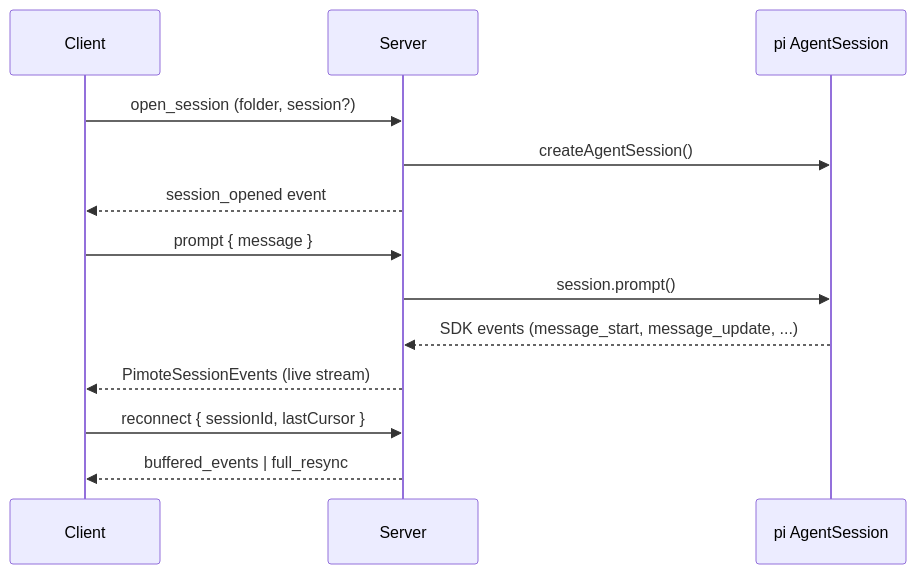
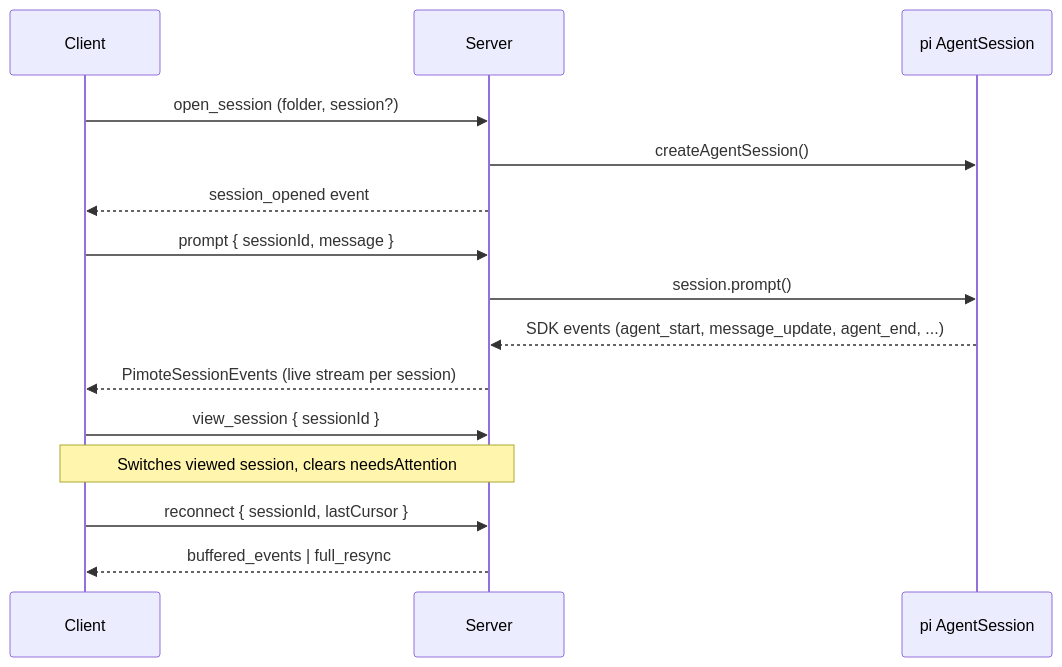
Before and after one commit to alennartz/pimote: the second of 4 diagrams in codemap.md, drawn with Mermaid. The commit also changed other lines of this file and 2 other files, not shown here.

Commit message:
cleanup: multi-session-management - decision record, codemap update, docs update, artifact removal

````diff
--- a/codemap.md
+++ b/codemap.md
@@ -16,16 +16,18 @@
 ```mermaid
 sequenceDiagram
   participant C as Client
   participant S as Server
   participant Pi as pi AgentSession
 
   C->>S: open_session (folder, session?)
   S->>Pi: createAgentSession()
   S-->>C: session_opened event
-  C->>S: prompt { message }
+  C->>S: prompt { sessionId, message }
   S->>Pi: session.prompt()
-  Pi-->>S: SDK events (message_start, message_update, ...)
-  S-->>C: PimoteSessionEvents (live stream)
+  Pi-->>S: SDK events (agent_start, message_update, agent_end, ...)
+  S-->>C: PimoteSessionEvents (live stream per session)
+  C->>S: view_session { sessionId }
+  Note over C,S: Switches viewed session, clears needsAttention
   C->>S: reconnect { sessionId, lastCursor }
   S-->>C: buffered_events | full_resync
 ```
````
